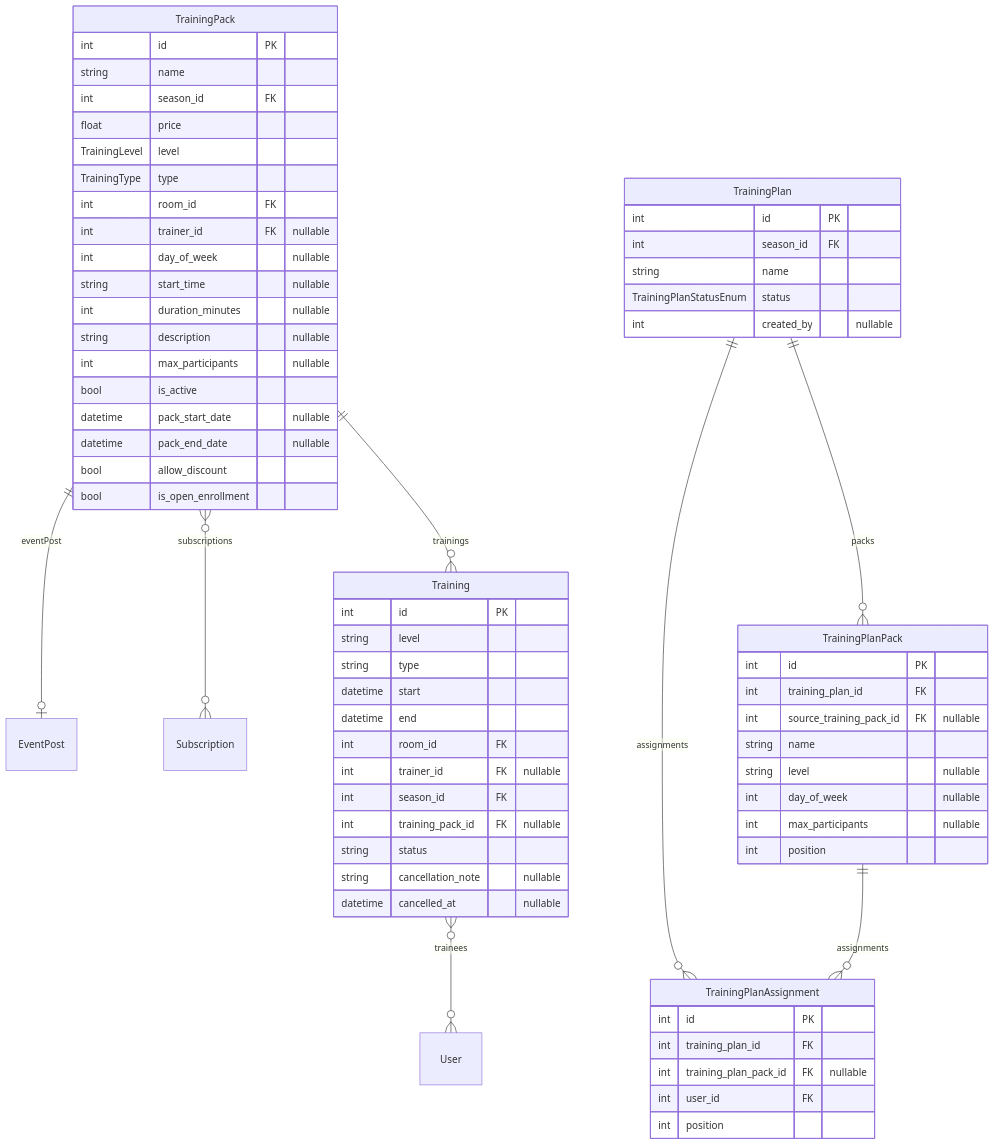
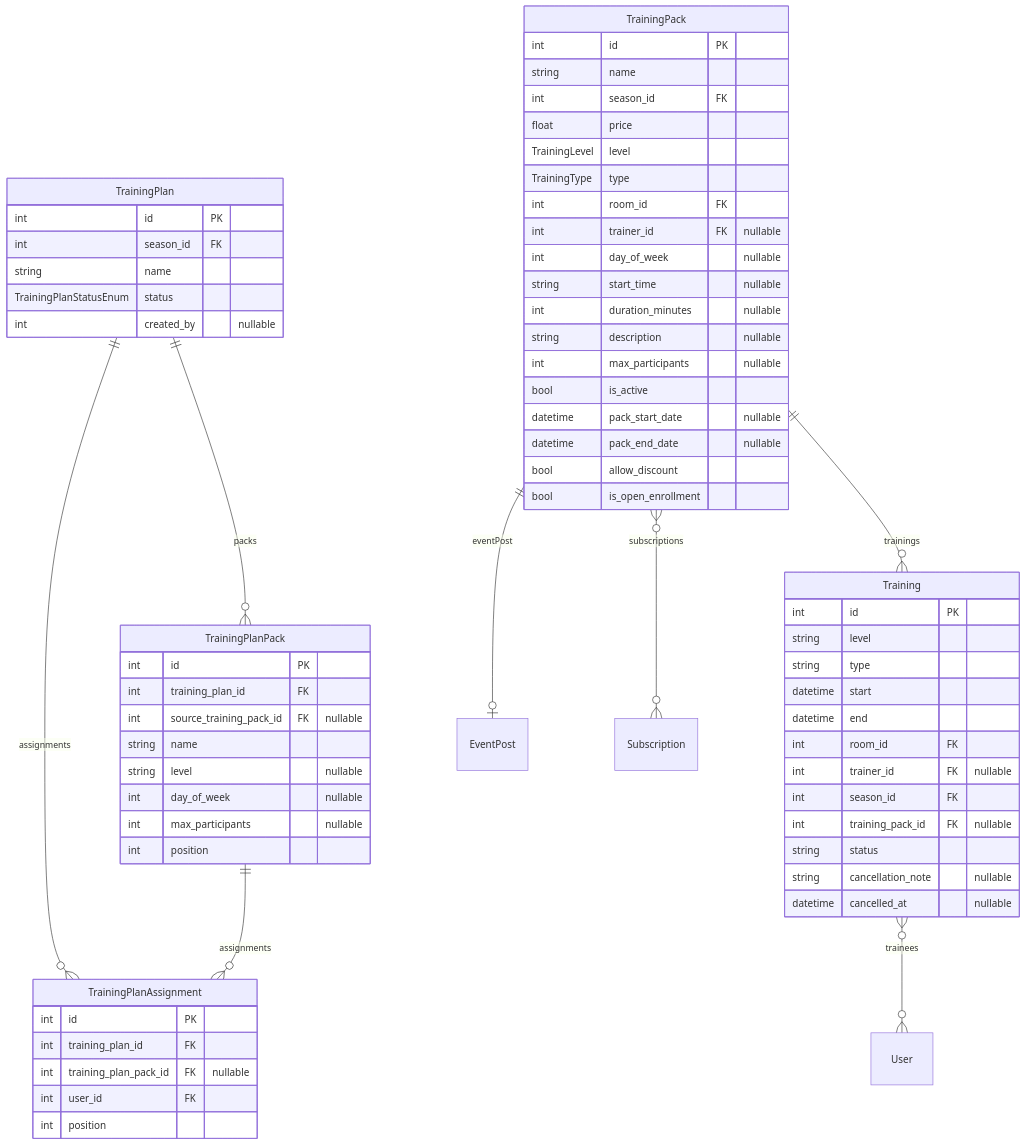
The diagram in docs/erd/trainings.md (Paupoo/tabletennisclub-app), drawn with Mermaid before and after one commit. The commit also changed other lines of this file and 5 other files, not shown here.

````diff
--- a/docs/erd/trainings.md
+++ b/docs/erd/trainings.md
@@ -3,69 +3,69 @@
 ```mermaid
 erDiagram
     Training {
         int id PK
         string level
         string type
         datetime start
         datetime end
         int room_id FK
         int trainer_id FK "nullable"
         int season_id FK
         int training_pack_id FK "nullable"
         string status
         string cancellation_note "nullable"
         datetime cancelled_at "nullable"
-    }
-    TrainingPack {
-        int id PK
-        string name
-        int season_id FK
-        float price
-        TrainingLevel level
-        TrainingType type
-        int room_id FK
-        int trainer_id FK "nullable"
-        int day_of_week "nullable"
-        string start_time "nullable"
-        int duration_minutes "nullable"
-        string description "nullable"
-        int max_participants "nullable"
-        bool is_active
-        datetime pack_start_date "nullable"
-        datetime pack_end_date "nullable"
-        bool allow_discount
-        bool is_open_enrollment
     }
     TrainingPlan {
         int id PK
         int season_id FK
         string name
         TrainingPlanStatusEnum status
         int created_by "nullable"
     }
     TrainingPlanAssignment {
         int id PK
         int training_plan_id FK
         int training_plan_pack_id FK "nullable"
         int user_id FK
         int position
     }
     TrainingPlanPack {
         int id PK
         int training_plan_id FK
         int source_training_pack_id FK "nullable"
         string name
         string level "nullable"
         int day_of_week "nullable"
         int max_participants "nullable"
         int position
     }
+    TrainingPack {
+        int id PK
+        string name
+        int season_id FK
+        float price
+        TrainingLevel level
+        TrainingType type
+        int room_id FK
+        int trainer_id FK "nullable"
+        int day_of_week "nullable"
+        string start_time "nullable"
+        int duration_minutes "nullable"
+        string description "nullable"
+        int max_participants "nullable"
+        bool is_active
+        datetime pack_start_date "nullable"
+        datetime pack_end_date "nullable"
+        bool allow_discount
+        bool is_open_enrollment
+    }
 
     Training }o--o{ User : "trainees"
+    TrainingPlan ||--o{ TrainingPlanAssignment : "assignments"
+    TrainingPlan ||--o{ TrainingPlanPack : "packs"
+    TrainingPlanPack ||--o{ TrainingPlanAssignment : "assignments"
     TrainingPack ||--o| EventPost : "eventPost"
     TrainingPack }o--o{ Subscription : "subscriptions"
     TrainingPack ||--o{ Training : "trainings"
-    TrainingPlan ||--o{ TrainingPlanAssignment : "assignments"
-    TrainingPlan ||--o{ TrainingPlanPack : "packs"
-    TrainingPlanPack ||--o{ TrainingPlanAssignment : "assignments"
 ```
````
